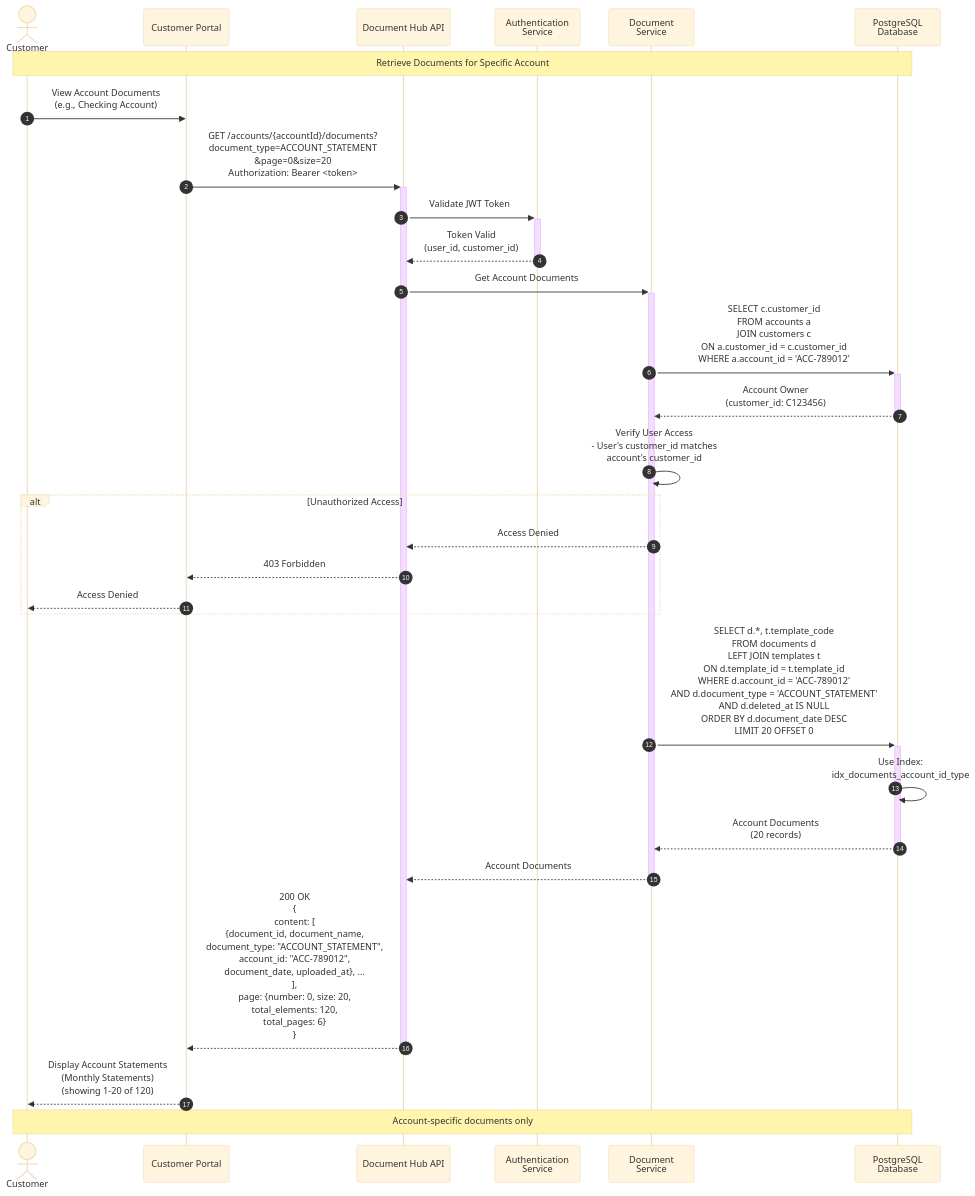
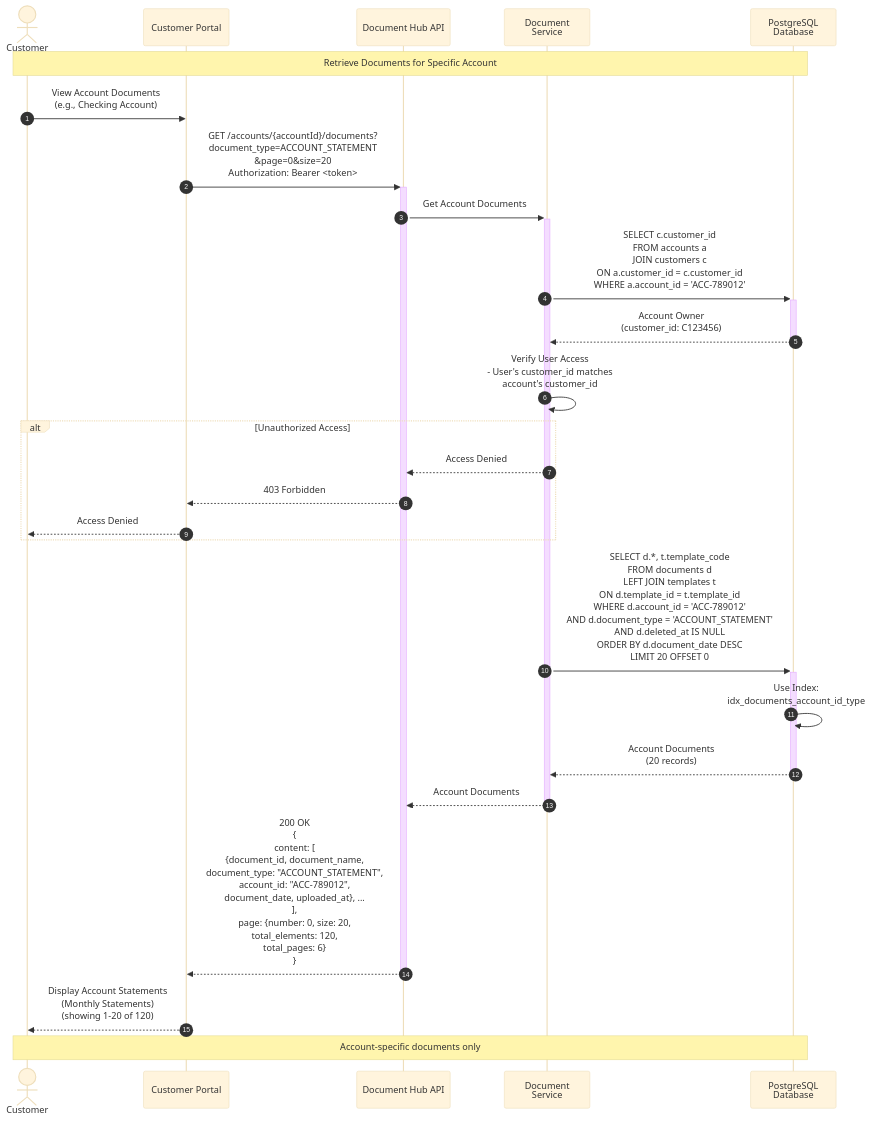
The second of 2 diagrams in customer_document_retrieval_flow_sequence_diagram.md (ghmd86/document-hub), drawn with Mermaid (base theme) before and after one commit. The commit also changed other lines of this file and 5 other files, not shown here.

First line of the commit message:
Remove authentication steps from sequence diagrams

````diff
--- a/customer_document_retrieval_flow_sequence_diagram.md
+++ b/customer_document_retrieval_flow_sequence_diagram.md
@@ -82,46 +80,42 @@
 ```mermaid
 sequenceDiagram
     autonumber
     actor Customer
     participant Client as Customer Portal
     participant API as Document Hub API
-    participant Auth as Authentication<br/>Service
     participant DocService as Document<br/>Service
     participant DB as PostgreSQL<br/>Database
 
     Note over Customer,DB: Retrieve Documents for Specific Account
 
     Customer->>Client: View Account Documents<br/>(e.g., Checking Account)
     Client->>+API: GET /accounts/{accountId}/documents?<br/>document_type=ACCOUNT_STATEMENT<br/>&page=0&size=20<br/>Authorization: Bearer <token>
-
-    API->>+Auth: Validate JWT Token
-    Auth-->>-API: Token Valid<br/>(user_id, customer_id)
 
     API->>+DocService: Get Account Documents
 
     DocService->>+DB: SELECT c.customer_id<br/>FROM accounts a<br/>JOIN customers c<br/>  ON a.customer_id = c.customer_id<br/>WHERE a.account_id = 'ACC-789012'
 
     DB-->>-DocService: Account Owner<br/>(customer_id: C123456)
 
     DocService->>DocService: Verify User Access<br/>- User's customer_id matches<br/>  account's customer_id
 
     alt Unauthorized Access
         DocService-->>API: Access Denied
         API-->>Client: 403 Forbidden
         Client-->>Customer: Access Denied
     end
 
     DocService->>+DB: SELECT d.*, t.template_code<br/>FROM documents d<br/>LEFT JOIN templates t<br/>  ON d.template_id = t.template_id<br/>WHERE d.account_id = 'ACC-789012'<br/>AND d.document_type = 'ACCOUNT_STATEMENT'<br/>AND d.deleted_at IS NULL<br/>ORDER BY d.document_date DESC<br/>LIMIT 20 OFFSET 0
 
     DB->>DB: Use Index:<br/>idx_documents_account_id_type
 
     DB-->>-DocService: Account Documents<br/>(20 records)
 
     DocService-->>-API: Account Documents
 
     API-->>-Client: 200 OK<br/>{<br/>  content: [<br/>    {document_id, document_name,<br/>     document_type: "ACCOUNT_STATEMENT",<br/>     account_id: "ACC-789012",<br/>     document_date, uploaded_at}, ...<br/>  ],<br/>  page: {number: 0, size: 20,<br/>         total_elements: 120,<br/>         total_pages: 6}<br/>}
 
     Client-->>Customer: Display Account Statements<br/>(Monthly Statements)<br/>(showing 1-20 of 120)
 
     Note over Customer,DB: Account-specific documents only
 ```
````
